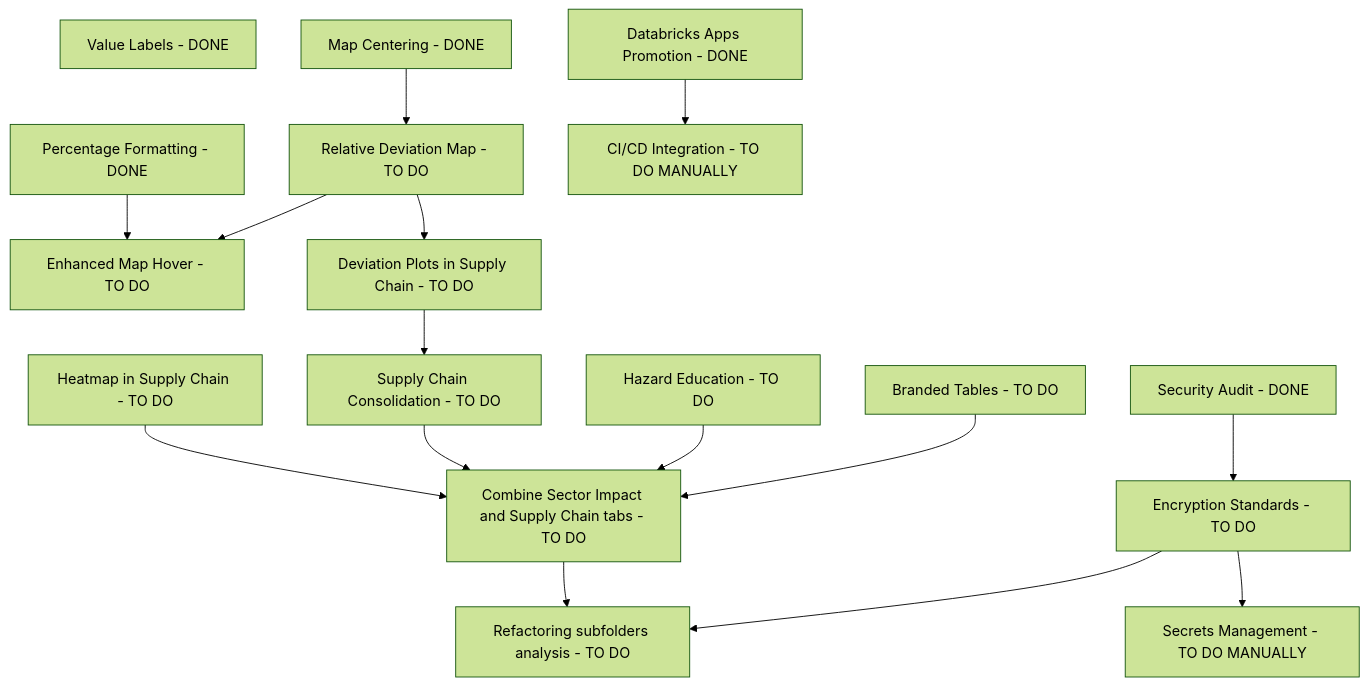
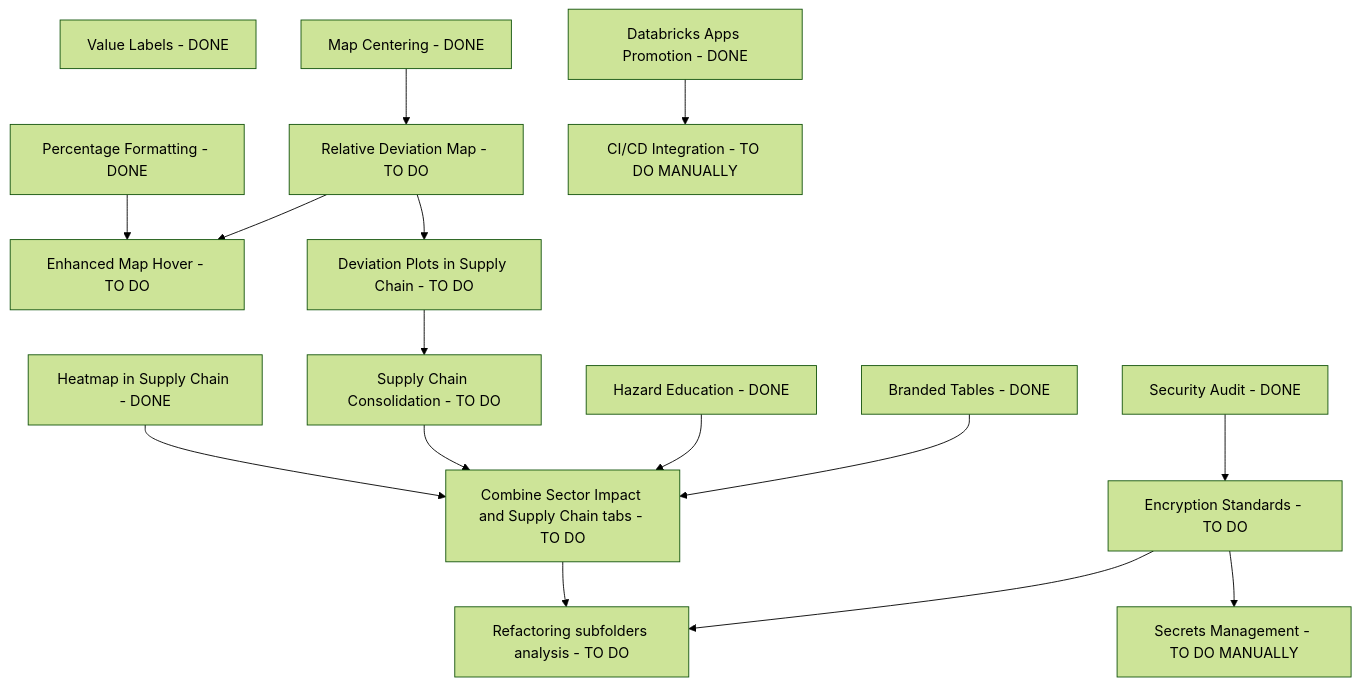
The diagram in docs/ADR.md (RaulDeMaio/Physical-Climate-Risk), drawn with Mermaid (forest theme) before and after one commit. The commit also changed other lines of this file, not shown here.

Commit message:
Update task statuses in ADR.md
Updated status of tasks in the ADR document to reflect completed items and removed parallelization guidance for completed tasks.

````diff
--- a/docs/ADR.md
+++ b/docs/ADR.md
@@ -59,51 +59,51 @@
 ```mermaid
 graph TD
     A1[Value Labels - DONE]
     A2[Percentage Formatting - DONE]
     A3[Map Centering - DONE]
-    A4[Branded Tables - TO DO]
+    A4[Branded Tables - DONE]
 
     B1[Relative Deviation Map - TO DO]
     B2[Enhanced Map Hover - TO DO]
     B3[Deviation Plots in Supply Chain - TO DO]
-    B4[Heatmap in Supply Chain - TO DO]
+    B4[Heatmap in Supply Chain - DONE]
     B5[Supply Chain Consolidation - TO DO]
     B6[Combine Sector Impact and Supply Chain tabs - TO DO]
 
-    C1[Hazard Education - TO DO]
+    C1[Hazard Education - DONE]
 
     D1[Databricks Apps Promotion - DONE]
     D2[CI/CD Integration - TO DO MANUALLY]
 
     E1[Security Audit - DONE]
     E2[Encryption Standards - TO DO]
     E3[Secrets Management - TO DO MANUALLY]
 
     F1[Refactoring subfolders analysis - TO DO]
 
     %% existing completed work dependencies
     A2 --> B2
     A3 --> B1
 
     %% analytics dependencies
     B1 --> B2
     B1 --> B3
     B3 --> B5
     B4 --> B6
     B5 --> B6
 
     %% UX dependency
     C1 --> B6
 
     %% operations dependencies
     D1 --> D2
     E1 --> E2
     E2 --> E3
 
     %% refactoring sequencing
     B6 --> F1
     E2 --> F1
 
     %% parallelizable groups
     A4 --> B6
 ```
````
